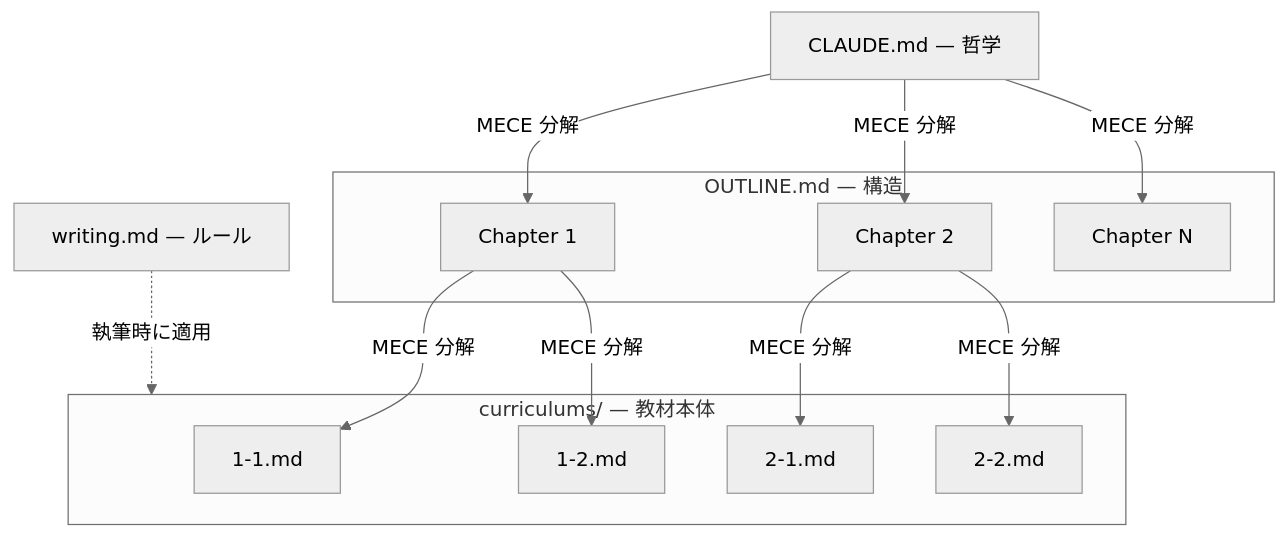
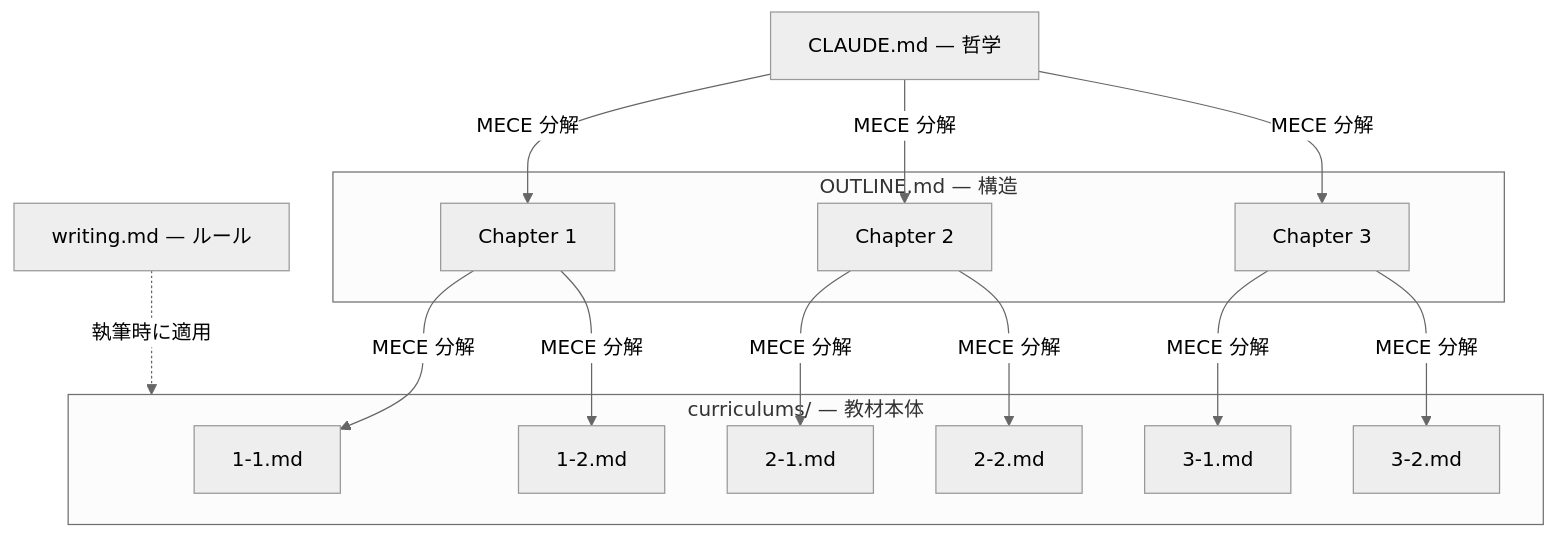
One commit to yotaro0616/curriculum-writer changed the first of 4 diagrams in README.md. Above: the diagram before and after it, drawn with Mermaid (neutral theme).

Commit message:
設計思想図: Chapter Nを具体化し全Chapterから矢印を接続

````diff
--- a/README.md
+++ b/README.md
@@ -29,23 +29,26 @@
 ```mermaid
 flowchart TD
     A["CLAUDE.md — 哲学"]
 
     subgraph outline["OUTLINE.md — 構造"]
         B1["Chapter 1"]
         B2["Chapter 2"]
-        B3["Chapter N"]
+        B3["Chapter 3"]
     end
 
     subgraph curr["curriculums/ — 教材本体"]
         C1["1-1.md"]
         C2["1-2.md"]
         C3["2-1.md"]
         C4["2-2.md"]
+        C5["3-1.md"]
+        C6["3-2.md"]
     end
 
     A -->|MECE 分解| B1 & B2 & B3
     B1 -->|MECE 分解| C1 & C2
     B2 -->|MECE 分解| C3 & C4
+    B3 -->|MECE 分解| C5 & C6
 
     W["writing.md — ルール"] -.->|執筆時に適用| curr
 ```
````
